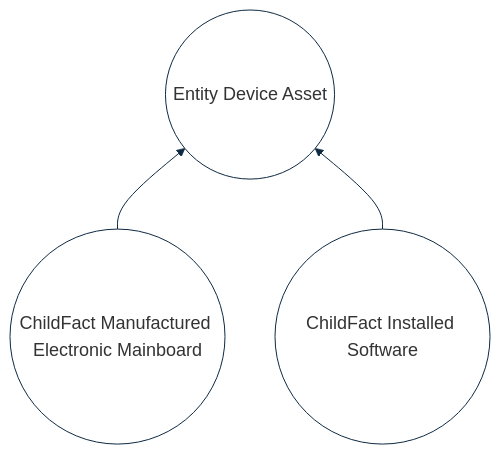
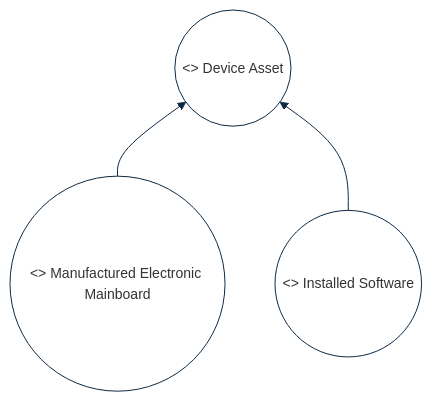
One commit to cybnity/foundation changed the second of 2 diagrams in implementations-line/framework/immutable/README.md. Above: the diagram before and after it, drawn with Mermaid.

````diff
--- a/implementations-line/framework/immutable/README.md
+++ b/implementations-line/framework/immutable/README.md
@@ -135,25 +135,25 @@
 ```mermaid
 %%{
   init: {
     'theme': 'base',
     'themeVariables': {
         'background': '#ffffff',
         'fontFamily': 'arial',
-        'fontSize': '18px',
+        'fontSize': '14px',
         'primaryColor': '#fff',
         'primaryBorderColor': '#0e2a43',
         'secondaryBorderColor': '#0e2a43',
         'tertiaryBorderColor': '#0e2a43',
         'edgeLabelBackground':'#0e2a43',
         'lineColor': '#0e2a43',
         'tertiaryColor': '#fff'
     }
   }
 }%%
 flowchart BT
-    board((ChildFact Manufactured Electronic Mainboard)) --> asset((Entity Device Asset))
-    soft((ChildFact Installed Software)) --> asset
+    board((<<ChildFact>> Manufactured Electronic Mainboard)) --> asset((<<Entity>> Device Asset))
+    soft((<<ChildFact>> Installed Software)) --> asset
 
 
 
 ```
````
